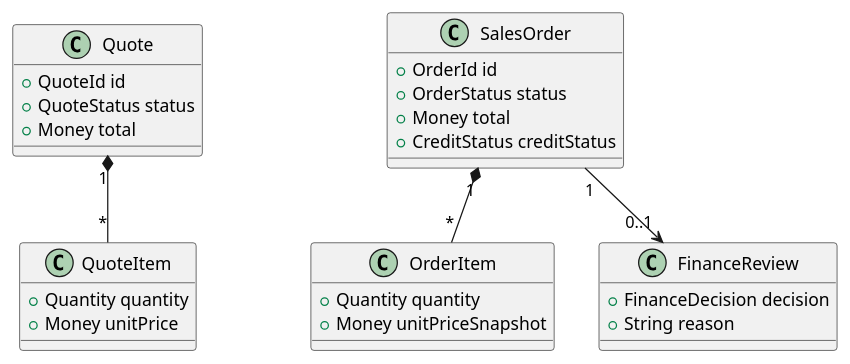
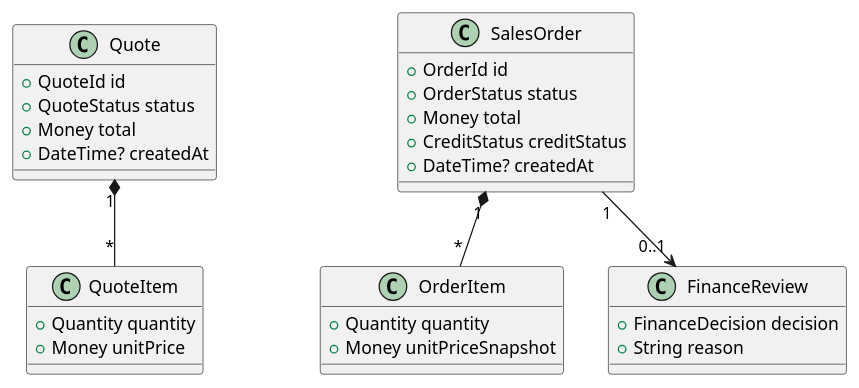
One commit to gtxeira/ecommerce-b2b changed the fifth of 8 diagrams in diagrama-de-classes.md. Above: the diagram before and after it, drawn with PlantUML. The commit also changed 1 other file, not shown here.

Commit message:
docs: documentar invalidação, rotas de pedidos e datas
- README: seção "Estado, invalidação e notificações" (canais SessionEvents e
  OrderEvents, regras de emissão e o que NÃO é invalidado), "Rotas de
  pedidos" (/orders, /orders/:id, ?group=, guard de comprador) e "Datas"
  (UTC da API, formatação local sem intl). Árvore de lib/ com core/events e
  core/format e nota de cobertura de testes.
- diagrama-de-classes: createdAt nos modelos Quote e SalesOrder.

````diff
--- a/diagrama-de-classes.md
+++ b/diagrama-de-classes.md
@@ -202,38 +202,40 @@
 ```plantuml
 @startuml
 
 class Quote {
     +QuoteId id
     +QuoteStatus status
     +Money total
+    +DateTime? createdAt
 }
 
 class QuoteItem {
     +Quantity quantity
     +Money unitPrice
 }
 
 class SalesOrder {
     +OrderId id
     +OrderStatus status
     +Money total
     +CreditStatus creditStatus
+    +DateTime? createdAt
 }
 
 class OrderItem {
     +Quantity quantity
     +Money unitPriceSnapshot
 }
 
 class FinanceReview {
     +FinanceDecision decision
     +String reason
 }
 
 Quote "1" *-- "*" QuoteItem
 
 SalesOrder "1" *-- "*" OrderItem
 SalesOrder "1" --> "0..1" FinanceReview
 
 @enduml
 ```
````
